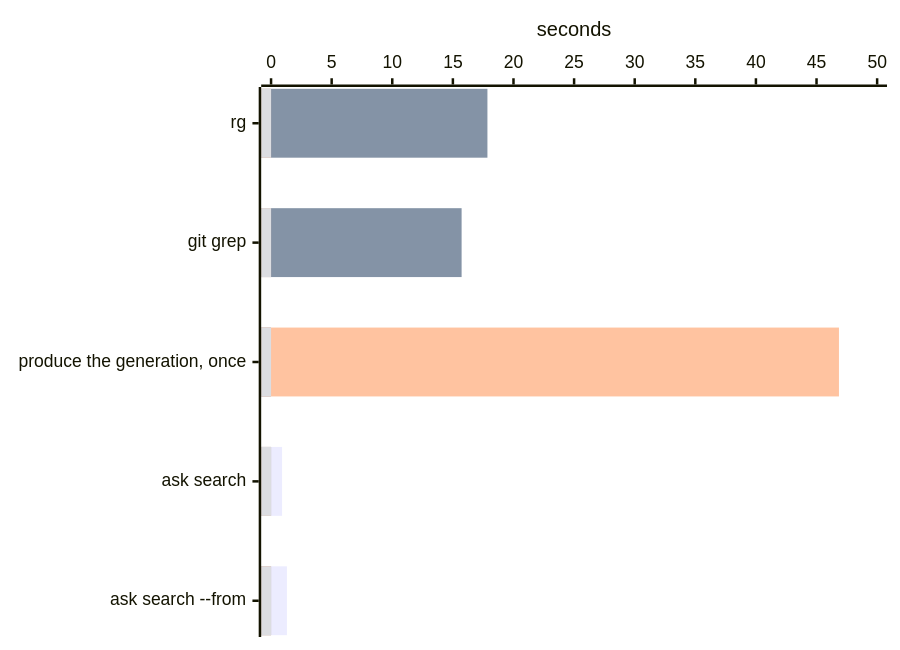
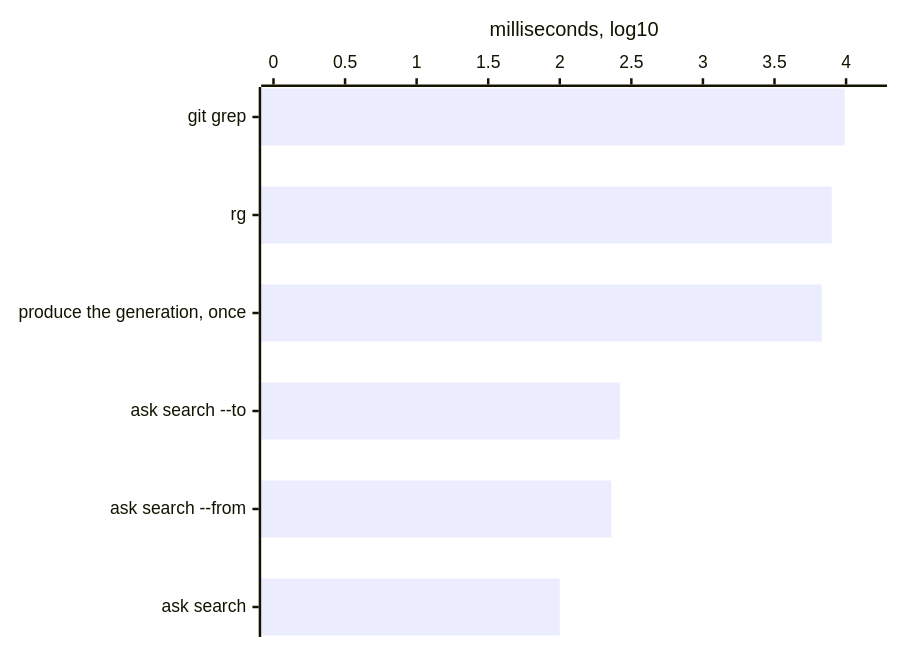
The diagram in docs/agent-workspace-api.md (Variance-Authority/variance-authority), drawn with Mermaid before and after one commit. The commit also changed other lines of this file and 20 other files, not shown here.

````diff
--- a/docs/agent-workspace-api.md
+++ b/docs/agent-workspace-api.md
@@ -75,10 +78,7 @@
 ```mermaid
 xychart-beta horizontal
-  accTitle: Seconds to answer createStore in a large monorepo
-  x-axis ["rg", "git grep", "produce the generation, once", "ask search", "ask search --from"]
-  y-axis "seconds" 0 --> 50
-  bar [0, 0, 0, 0.91, 1.31]
-  bar [17.85, 15.72, 0, 0, 0]
-  bar [0, 0, 46.85, 0, 0]
-  bar [0, 0, 0, 0, 0]
+  accTitle: Milliseconds to answer button over 288,197 paths, as a power of ten
+  x-axis ["git grep", "rg", "produce the generation, once", "ask search --to", "ask search --from", "ask search"]
+  y-axis "milliseconds, log10" 0 --> 4.2
+  bar [3.99, 3.90, 3.83, 2.42, 2.36, 2.00]
 ```
````
